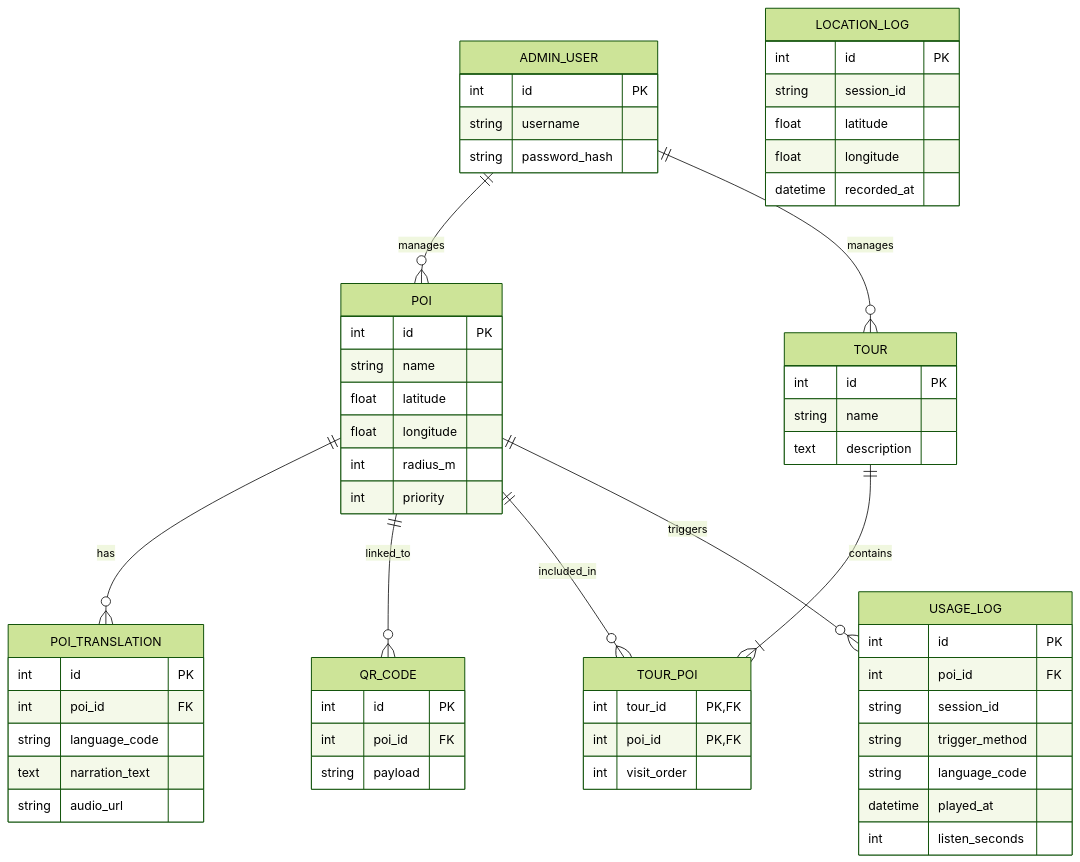
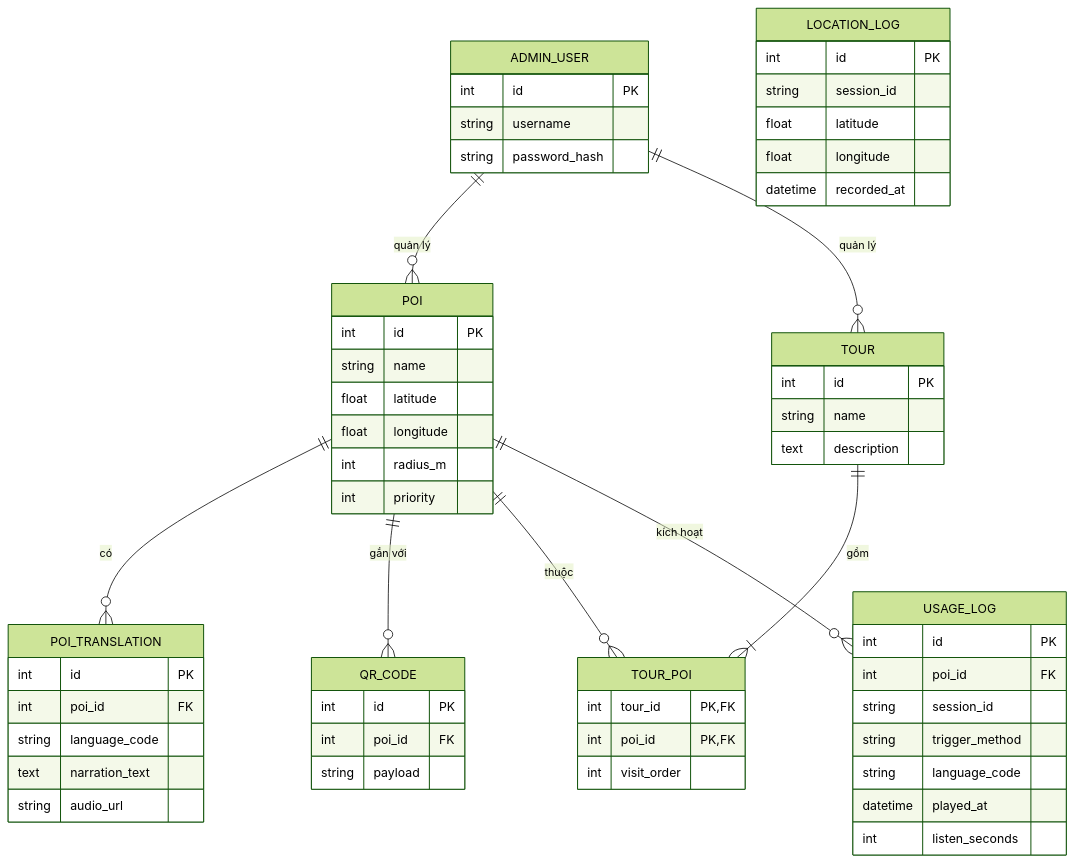
One commit to AiraLeFatale/CongNghePhanMem_Project changed the sixth of 6 diagrams in README.md. Above: the diagram before and after it, drawn with Mermaid (forest theme). The commit also changed other lines of this file and 11 other files, not shown here.

````diff
--- a/README.md
+++ b/README.md
@@ -164,62 +166,62 @@
 ```mermaid
 erDiagram
     ADMIN_USER {
         int id PK
         string username
         string password_hash
     }
     POI {
         int id PK
         string name
         float latitude
         float longitude
         int radius_m
         int priority
     }
     POI_TRANSLATION {
         int id PK
         int poi_id FK
         string language_code
         text narration_text
         string audio_url
     }
     QR_CODE {
         int id PK
         int poi_id FK
         string payload
     }
     TOUR {
         int id PK
         string name
         text description
     }
     TOUR_POI {
         int tour_id PK, FK
         int poi_id PK, FK
         int visit_order
     }
     USAGE_LOG {
         int id PK
         int poi_id FK
         string session_id
         string trigger_method
         string language_code
         datetime played_at
         int listen_seconds
     }
     LOCATION_LOG {
         int id PK
         string session_id
         float latitude
         float longitude
         datetime recorded_at
     }
 
-    ADMIN_USER ||--o{ POI : manages
-    ADMIN_USER ||--o{ TOUR : manages
-    POI ||--o{ POI_TRANSLATION : has
-    POI ||--o{ QR_CODE : linked_to
-    TOUR ||--|{ TOUR_POI : contains
-    POI ||--o{ TOUR_POI : included_in
-    POI ||--o{ USAGE_LOG : triggers
+    ADMIN_USER ||--o{ POI : "quản lý"
+    ADMIN_USER ||--o{ TOUR : "quản lý"
+    POI ||--o{ POI_TRANSLATION : "có"
+    POI ||--o{ QR_CODE : "gắn với"
+    TOUR ||--|{ TOUR_POI : "gồm"
+    POI ||--o{ TOUR_POI : "thuộc"
+    POI ||--o{ USAGE_LOG : "kích hoạt"
 ```
````
